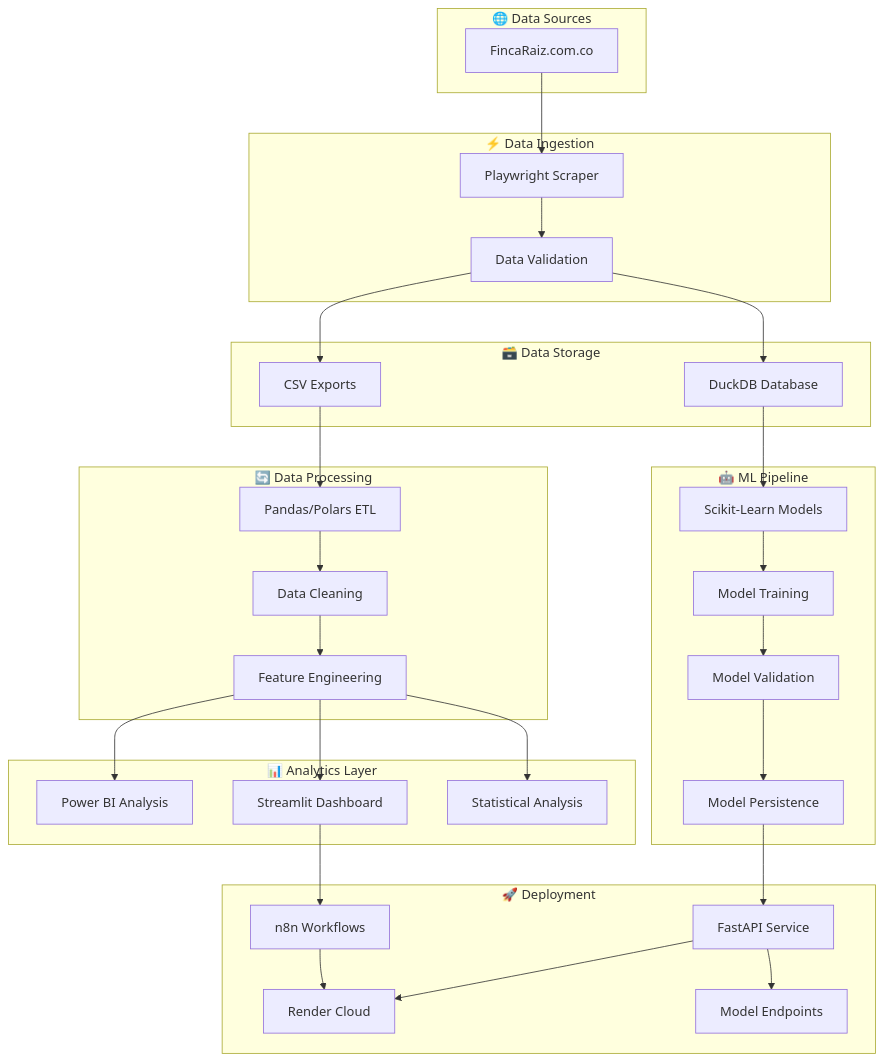
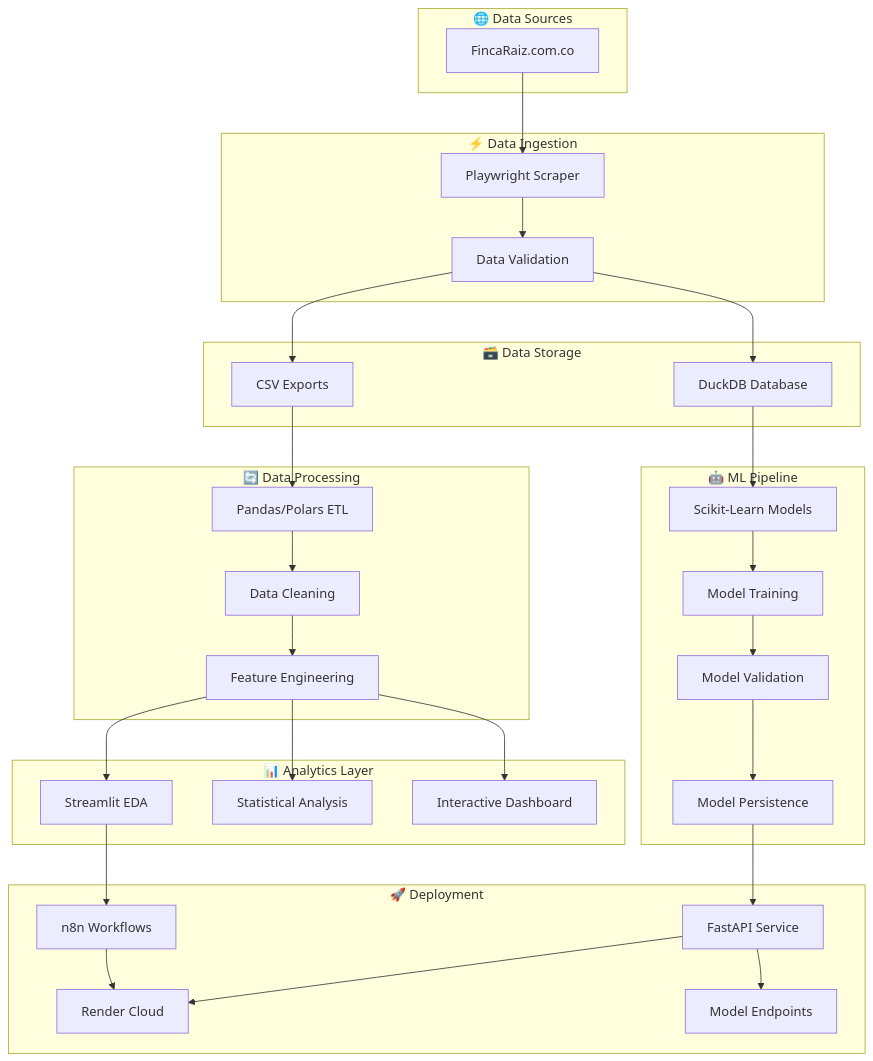
One commit to K31NER/InmoPipeline changed the first of 6 diagrams in README.md. Above: the diagram before and after it, drawn with Mermaid. The commit also changed other lines of this file and 2 other files, not shown here.

````diff
--- a/README.md
+++ b/README.md
@@ -65,62 +65,62 @@
 ```mermaid
 graph TB
     subgraph "🌐 Data Sources"
         A[FincaRaiz.com.co]
     end
     
     subgraph "⚡ Data Ingestion"
         B[Playwright Scraper]
         C[Data Validation]
     end
     
     subgraph "🗃️ Data Storage"
         D[DuckDB Database]
         E[CSV Exports]
     end
     
     subgraph "🔄 Data Processing"
         F[Pandas/Polars ETL]
         G[Data Cleaning]
         H[Feature Engineering]
     end
     
     subgraph "📊 Analytics Layer"
-        I[Power BI Analysis]
-        J[Streamlit Dashboard]
-        K[Statistical Analysis]
+        I[Streamlit EDA]
+        J[Statistical Analysis]
+        K[Interactive Dashboard]
     end
     
     subgraph "🤖 ML Pipeline"
         L[Scikit-Learn Models]
         M[Model Training]
         N[Model Validation]
         O[Model Persistence]
     end
     
     subgraph "🚀 Deployment"
         P[FastAPI Service]
         Q[Render Cloud]
         R[Model Endpoints]
         S[n8n Workflows]
     end
     
     A --> B
     B --> C
     C --> D
     C --> E
     E --> F
     F --> G
     G --> H
     H --> I
     H --> J
     H --> K
     D --> L
     L --> M
     M --> N
     N --> O
     O --> P
     P --> Q
     P --> R
-    J --> S
+    I --> S
     S --> Q
 ```
````
